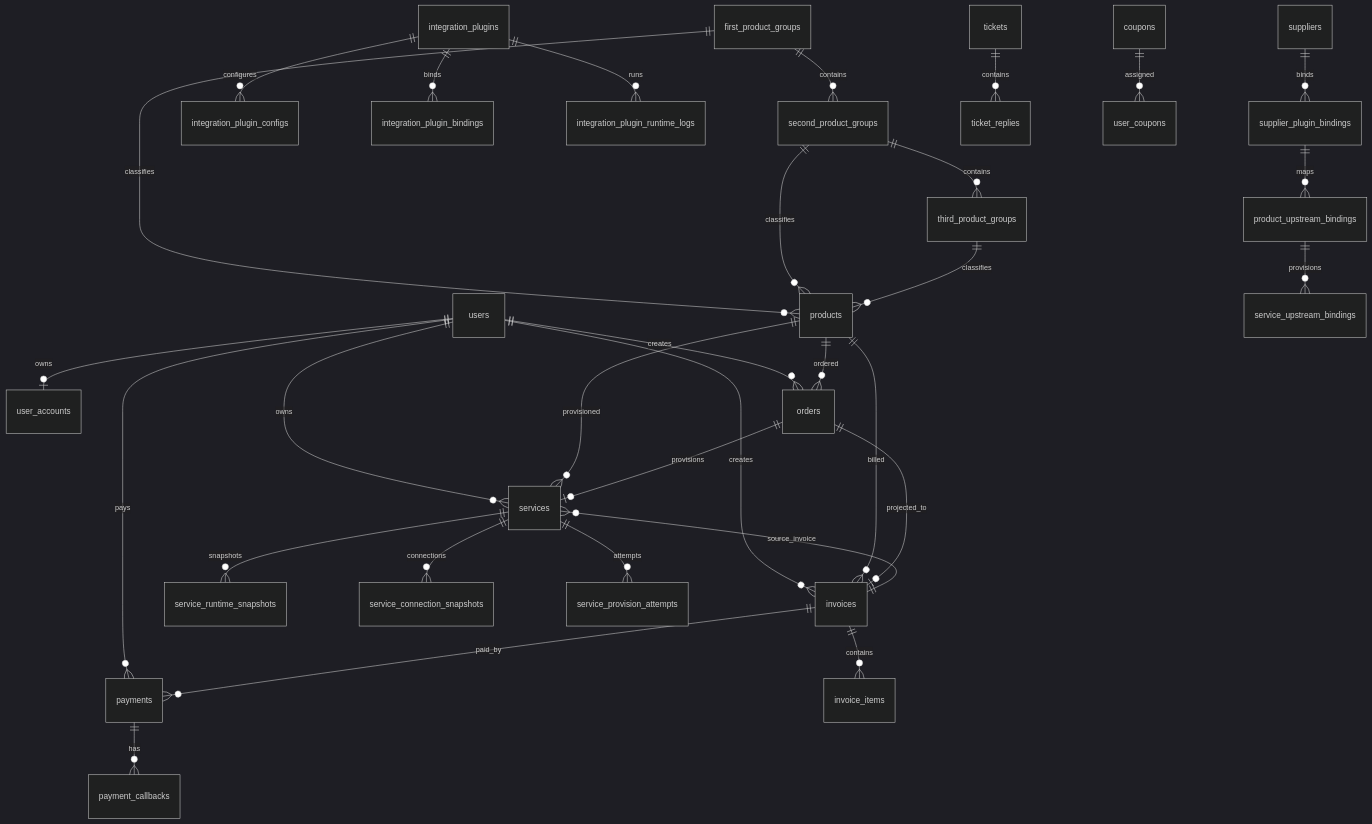
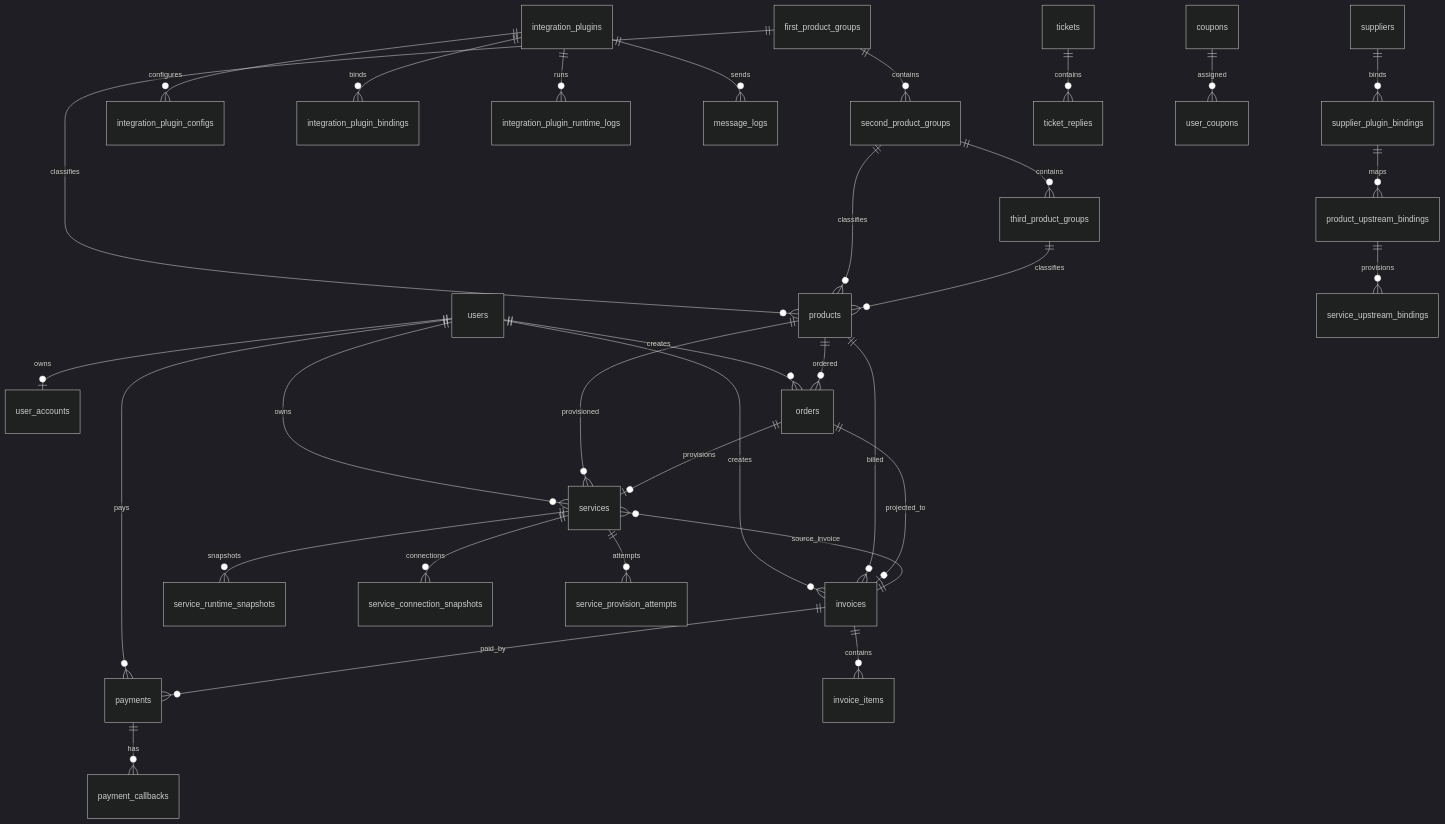
Before and after one commit to HaoSehu/caiwu: the diagram in 文档/开发文档/数据库/数据库文档.md, drawn with Mermaid (dark theme). The commit also changed other lines of this file and 26 other files, not shown here.

````diff
--- a/文档/开发文档/数据库/数据库文档.md
+++ b/文档/开发文档/数据库/数据库文档.md
@@ -43,33 +43,34 @@
 ```mermaid
 erDiagram
     users ||--o| user_accounts : owns
     users ||--o{ invoices : creates
     users ||--o{ orders : creates
     users ||--o{ payments : pays
     users ||--o{ services : owns
     products ||--o{ invoices : billed
     products ||--o{ orders : ordered
     products ||--o{ services : provisioned
     suppliers ||--o{ supplier_plugin_bindings : binds
     supplier_plugin_bindings ||--o{ product_upstream_bindings : maps
     product_upstream_bindings ||--o{ service_upstream_bindings : provisions
     services ||--o{ service_runtime_snapshots : snapshots
     services ||--o{ service_connection_snapshots : connections
     services ||--o{ service_provision_attempts : attempts
     integration_plugins ||--o{ integration_plugin_configs : configures
     integration_plugins ||--o{ integration_plugin_bindings : binds
     integration_plugins ||--o{ integration_plugin_runtime_logs : runs
+    integration_plugins ||--o{ message_logs : sends
     first_product_groups ||--o{ second_product_groups : contains
     second_product_groups ||--o{ third_product_groups : contains
     first_product_groups ||--o{ products : classifies
     second_product_groups ||--o{ products : classifies
     third_product_groups ||--o{ products : classifies
     invoices ||--o{ invoice_items : contains
     invoices ||--o{ payments : paid_by
     payments ||--o{ payment_callbacks : has
     orders ||--o| invoices : projected_to
     orders ||--o| services : provisions
     services }o--|| invoices : source_invoice
     tickets ||--o{ ticket_replies : contains
     coupons ||--o{ user_coupons : assigned
 ```
````
